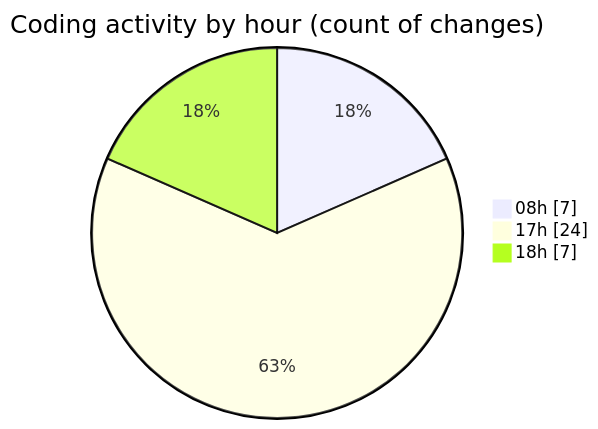
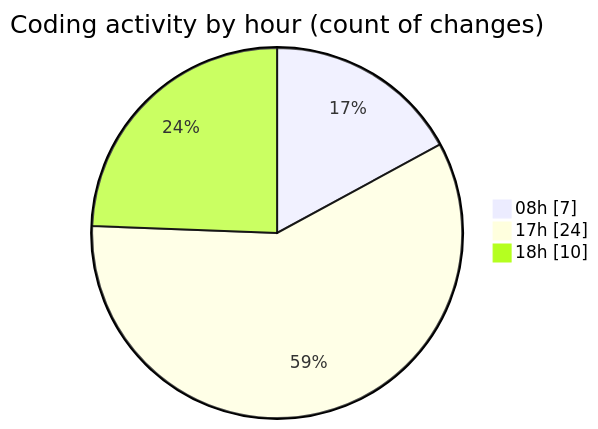
Before and after one commit to robertbonfada/code-tracking: the second of 2 diagrams in 2025-02-06/mbc-web/README.md, drawn with Mermaid. The commit also changed other lines of this file and 1 other file, not shown here.

````diff
--- a/2025-02-06/mbc-web/README.md
+++ b/2025-02-06/mbc-web/README.md
@@ -33,7 +33,7 @@
 ```mermaid
 pie showData
 title Coding activity by hour (count of changes)
 "08h" : 7
 "17h" : 24
-"18h" : 7
+"18h" : 10
 ```
````
